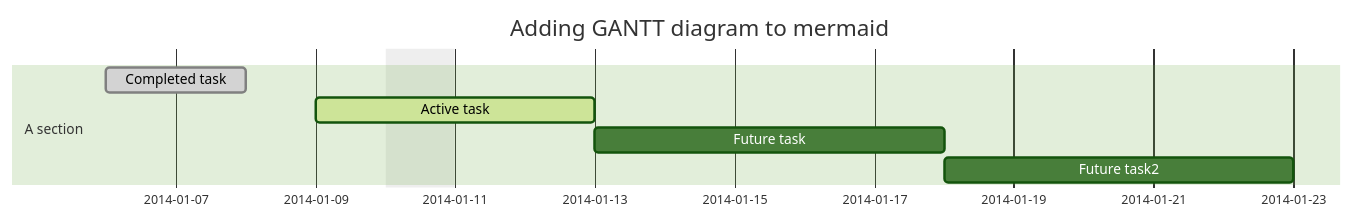
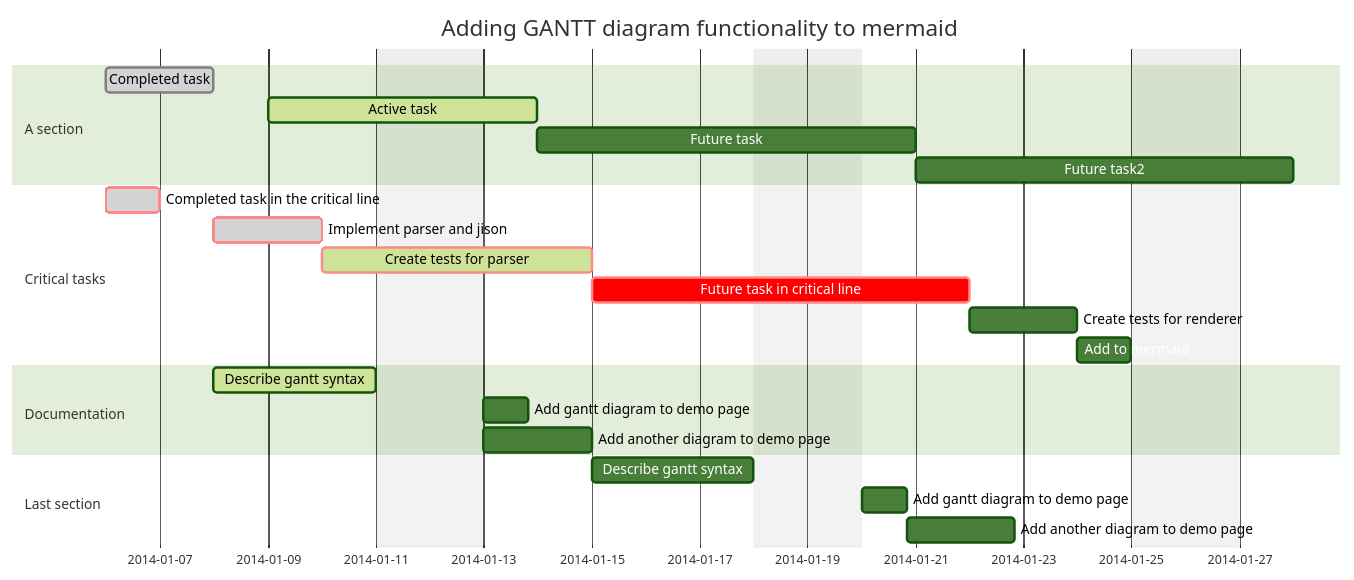
One commit to yokefellow/yokefellow.github.io changed the second of 3 diagrams in docs/posts/test/2016/test-code-block.md. Above: the diagram before and after it, drawn with Mermaid (forest theme). The commit also changed other lines of this file and 11 other files, not shown here.

````diff
--- a/docs/posts/test/2016/test-code-block.md
+++ b/docs/posts/test/2016/test-code-block.md
@@ -85,12 +84,31 @@
 ```mermaid
 gantt
 dateFormat  YYYY-MM-DD
-title Adding GANTT diagram to mermaid
-excludes weekdays 2014-01-10
+title       Adding GANTT diagram functionality to mermaid
+excludes    weekends
+%% (`excludes` accepts specific dates in YYYY-MM-DD format, days of the week ("sunday") or "weekends", but not the word "weekdays".)
 
 section A section
 Completed task            :done,    des1, 2014-01-06,2014-01-08
 Active task               :active,  des2, 2014-01-09, 3d
 Future task               :         des3, after des2, 5d
-Future task2               :         des4, after des3, 5d
+Future task2              :         des4, after des3, 5d
+
+section Critical tasks
+Completed task in the critical line :crit, done, 2014-01-06,24h
+Implement parser and jison          :crit, done, after des1, 2d
+Create tests for parser             :crit, active, 3d
+Future task in critical line        :crit, 5d
+Create tests for renderer           :2d
+Add to mermaid                      :1d
+
+section Documentation
+Describe gantt syntax               :active, a1, after des1, 3d
+Add gantt diagram to demo page      :after a1  , 20h
+Add another diagram to demo page    :doc1, after a1  , 48h
+
+section Last section
+Describe gantt syntax               :after doc1, 3d
+Add gantt diagram to demo page      :20h
+Add another diagram to demo page    :48h
 ```
````
